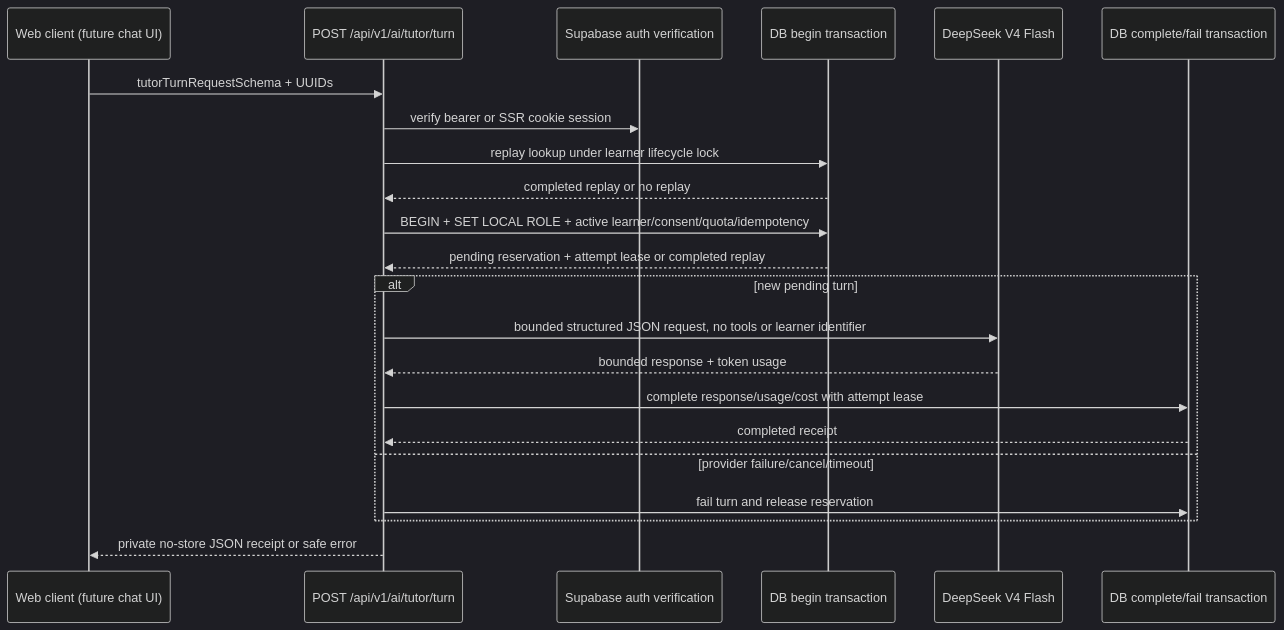
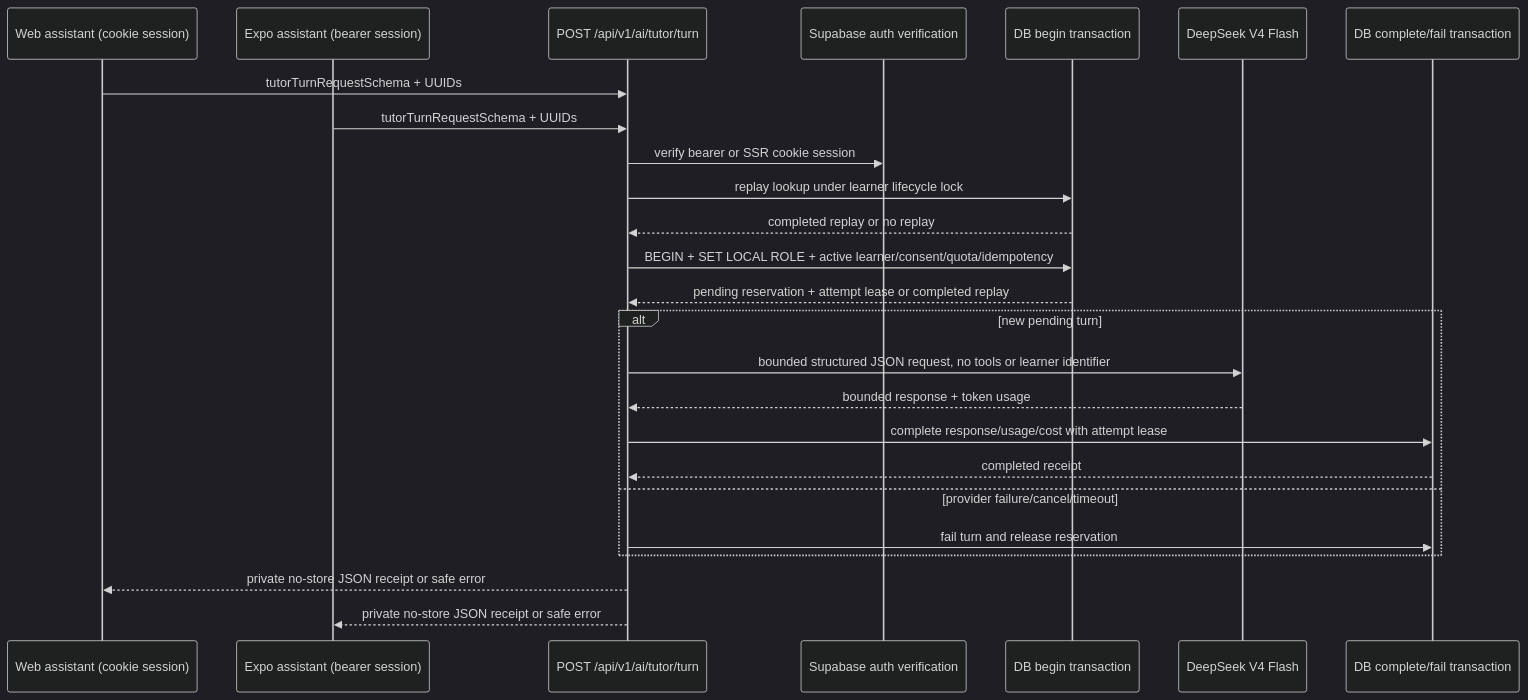
One commit to JasonTM17/Ideogram_LearningApp changed the third of 4 diagrams in docs/system-architecture.md. Above: the diagram before and after it, drawn with Mermaid (dark theme). The commit also changed other lines of this file and 13 other files, not shown here.

Commit message:
docs(tutor): record bounded client behavior

````diff
--- a/docs/system-architecture.md
+++ b/docs/system-architecture.md
@@ -101,25 +101,28 @@
 ```mermaid
 sequenceDiagram
-  participant Client as Web client (future chat UI)
+  participant Web as Web assistant (cookie session)
+  participant Mobile as Expo assistant (bearer session)
   participant Route as POST /api/v1/ai/tutor/turn
   participant Auth as Supabase auth verification
   participant Ledger as DB begin transaction
   participant Provider as DeepSeek V4 Flash
   participant Finalize as DB complete/fail transaction
 
-  Client->>Route: tutorTurnRequestSchema + UUIDs
+  Web->>Route: tutorTurnRequestSchema + UUIDs
+  Mobile->>Route: tutorTurnRequestSchema + UUIDs
   Route->>Auth: verify bearer or SSR cookie session
   Route->>Ledger: replay lookup under learner lifecycle lock
   Ledger-->>Route: completed replay or no replay
   Route->>Ledger: BEGIN + SET LOCAL ROLE + active learner/consent/quota/idempotency
   Ledger-->>Route: pending reservation + attempt lease or completed replay
   alt new pending turn
     Route->>Provider: bounded structured JSON request, no tools or learner identifier
     Provider-->>Route: bounded response + token usage
     Route->>Finalize: complete response/usage/cost with attempt lease
     Finalize-->>Route: completed receipt
   else provider failure/cancel/timeout
     Route->>Finalize: fail turn and release reservation
   end
-  Route-->>Client: private no-store JSON receipt or safe error
+  Route-->>Web: private no-store JSON receipt or safe error
+  Route-->>Mobile: private no-store JSON receipt or safe error
 ```
````
